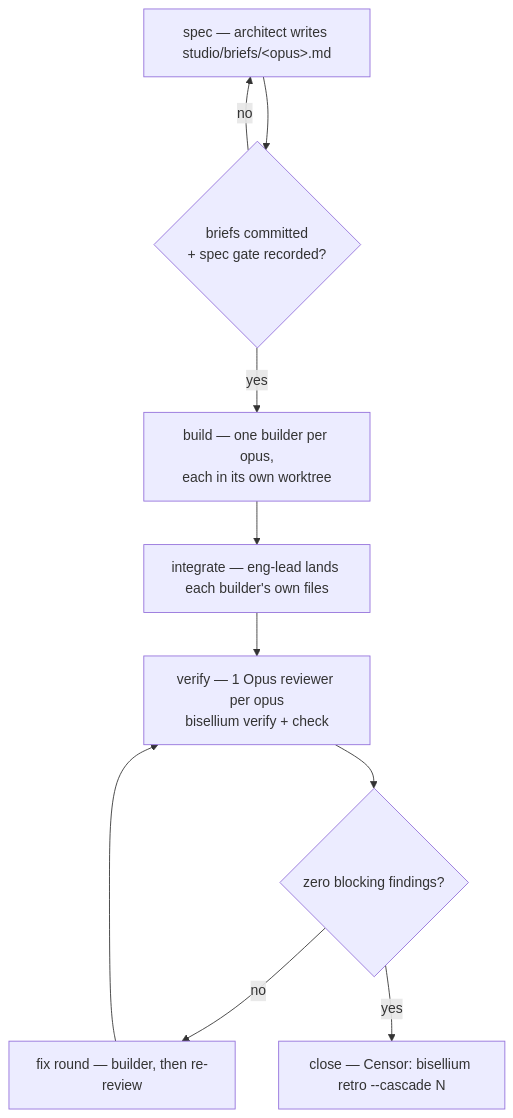
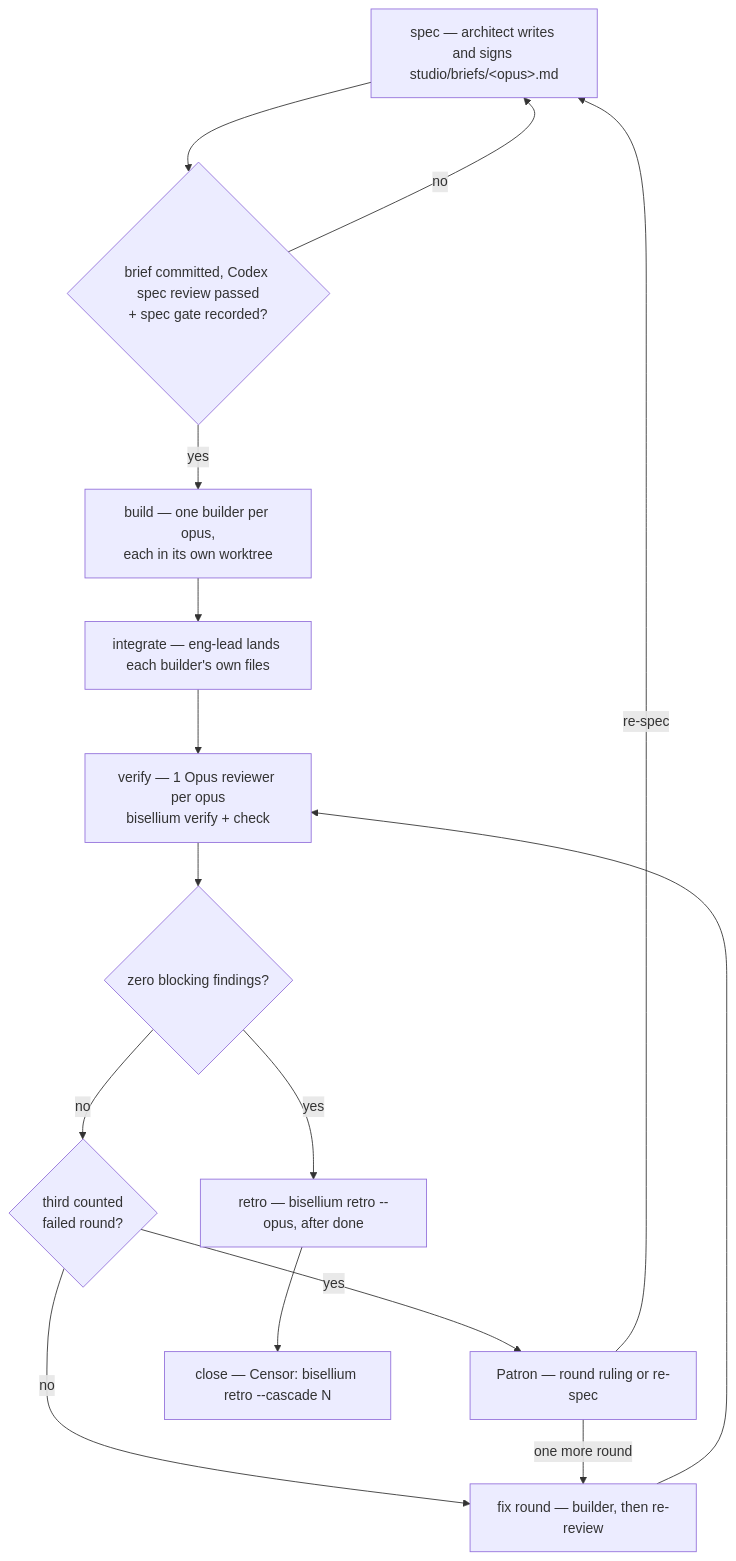
Before and after one commit to Round-Block/bisellium: the third of 4 diagrams in docs/ARCHITECTURE.md, drawn with Mermaid. The commit also changed other lines of this file and 1 other file, not shown here.

First line of the commit message:
docs(architecture): capture W-137, W-161..W-163, W-167; D-049 planned (#344)

````diff
--- a/docs/ARCHITECTURE.md
+++ b/docs/ARCHITECTURE.md
@@ -133,18 +136,25 @@
 ```mermaid
 flowchart TD
-  spec["spec — architect writes studio/briefs/&lt;opus&gt;.md"]
-  gate1{"briefs committed<br/>+ spec gate recorded?"}
+  spec["spec — architect writes and signs studio/briefs/&lt;opus&gt;.md"]
+  gate1{"brief committed, Codex spec review passed<br/>+ spec gate recorded?"}
   build["build — one builder per opus,<br/>each in its own worktree"]
   integrate["integrate — eng-lead lands each builder's own files"]
   verify["verify — 1 Opus reviewer per opus<br/>bisellium verify + check"]
   gate2{"zero blocking findings?"}
+  cap{"third counted<br/>failed round?"}
+  patron["Patron — round ruling or re-spec"]
   fix["fix round — builder, then re-review"]
+  retro["retro — bisellium retro --opus, after done"]
   close["close — Censor: bisellium retro --cascade N"]
   spec --> gate1
   gate1 -- no --> spec
   gate1 -- yes --> build
   build --> integrate --> verify --> gate2
-  gate2 -- no --> fix
+  gate2 -- no --> cap
+  cap -- no --> fix
+  cap -- yes --> patron
+  patron -- "one more round" --> fix
+  patron -- re-spec --> spec
   fix --> verify
-  gate2 -- yes --> close
+  gate2 -- yes --> retro --> close
 ```
````
